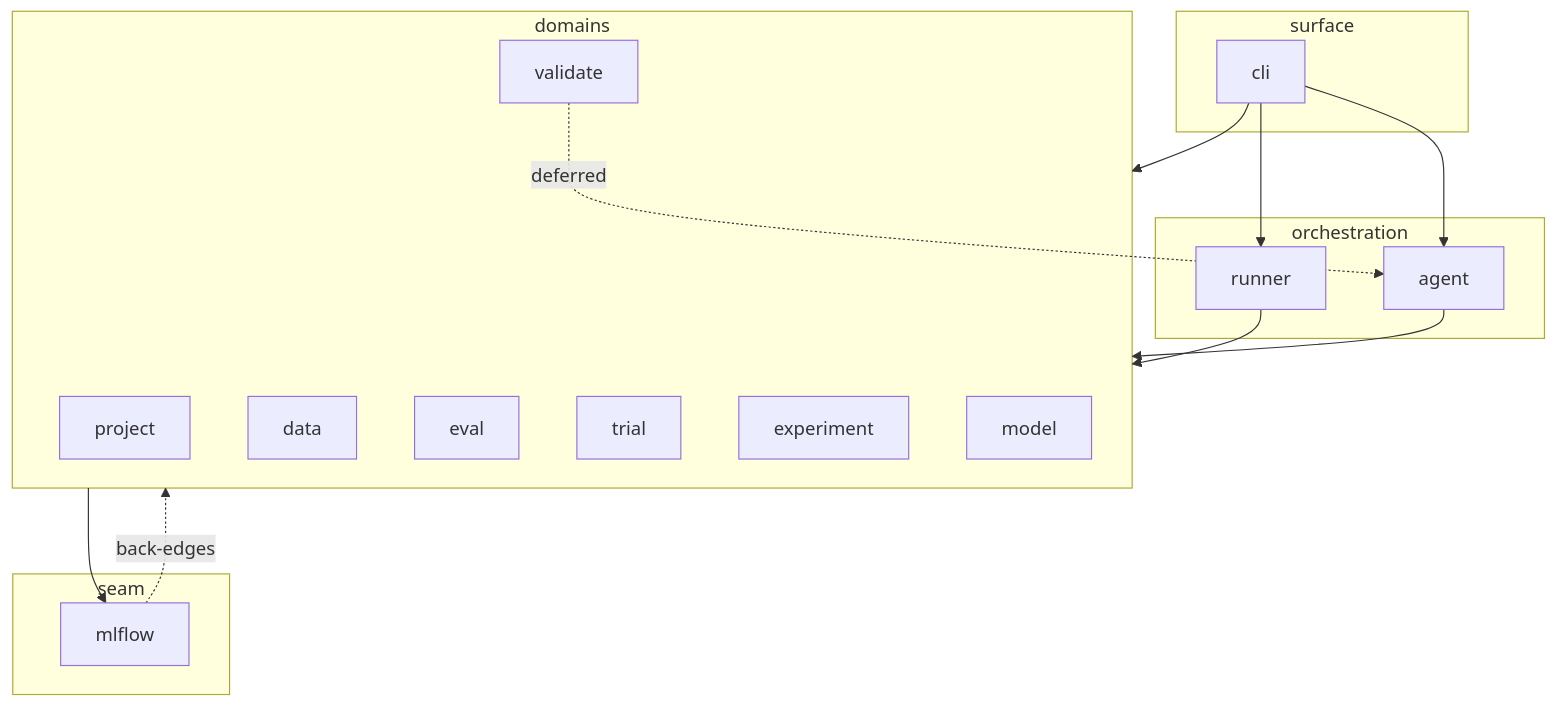
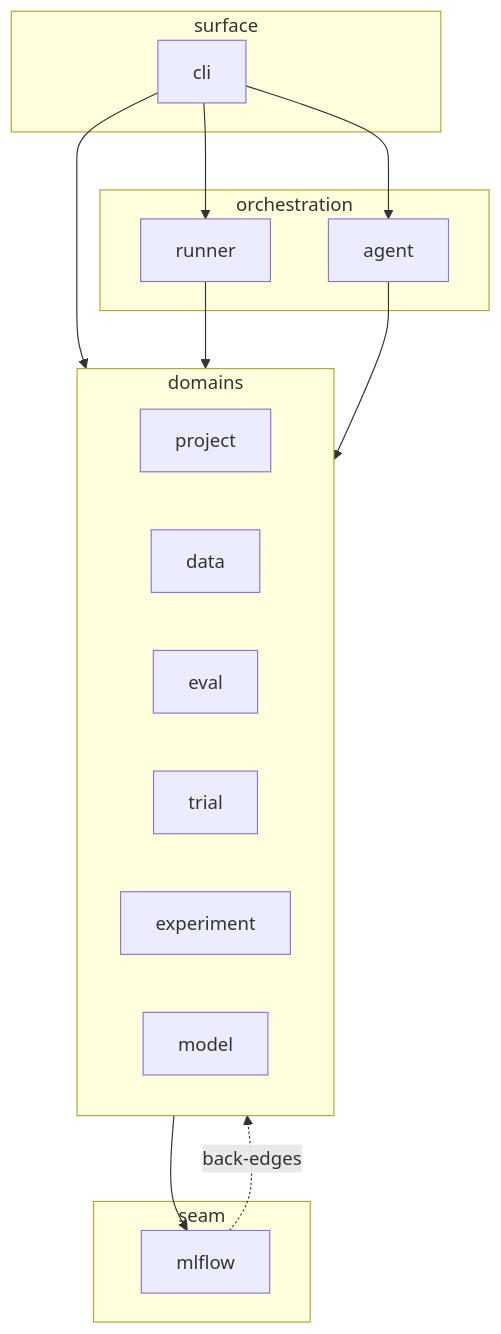
One commit to wliu-brigit/brigit-data-science-automl-v1 changed the diagram in automl/ARCHITECTURE.md. Above: the diagram before and after it, drawn with Mermaid. The commit also changed other lines of this file and 30 other files, not shown here.

````diff
--- a/automl/ARCHITECTURE.md
+++ b/automl/ARCHITECTURE.md
@@ -41,32 +41,30 @@
 ```mermaid
 graph TD
     subgraph surface
         cli
     end
     subgraph orchestration
         runner
         agent
     end
     subgraph domains
         project
         data
         eval
         trial
         experiment
         model
-        validate
     end
     subgraph seam
         mlflow
     end
 
     cli --> runner
     cli --> agent
     cli --> domains
     runner --> domains
     agent --> domains
     domains --> mlflow
 
     mlflow -.->|back-edges| domains
-    validate -.->|deferred| agent
 ```
````
